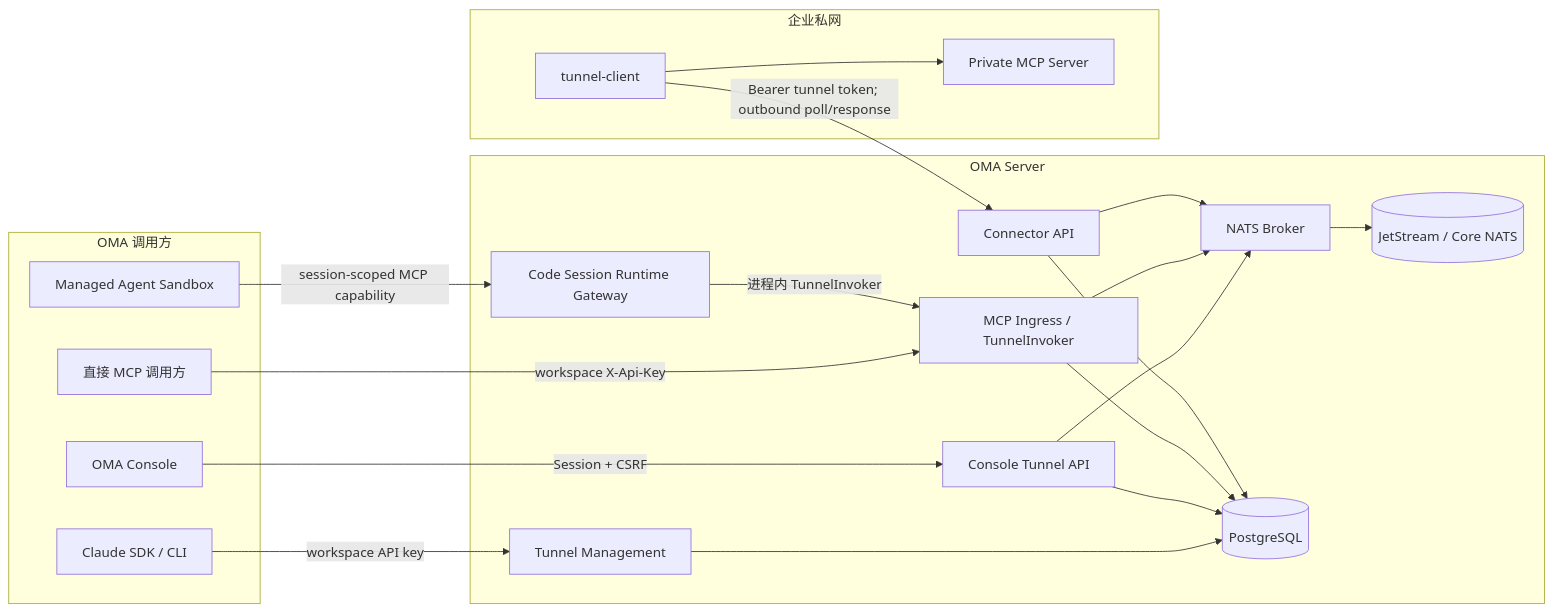
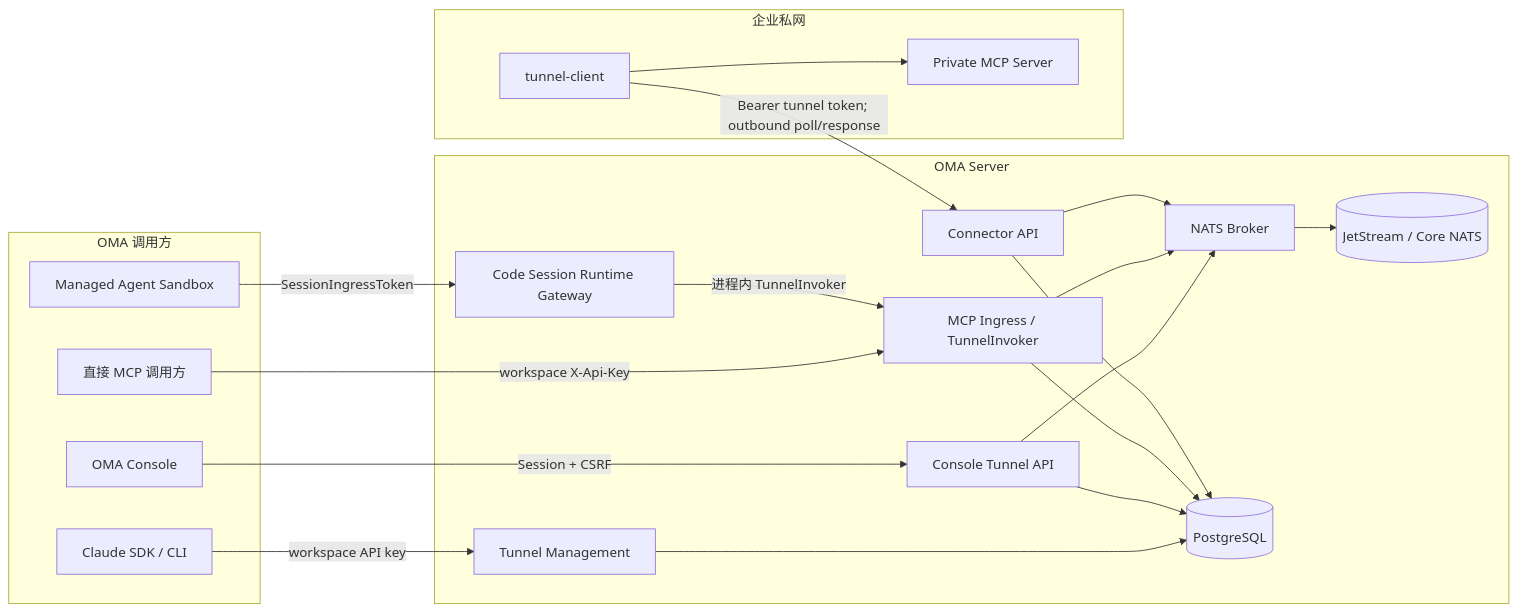
Before and after one commit to superduck-ai/open-managed-agents: the first of 4 diagrams in docs/design/mcp-tunnel-developer-guide.md, drawn with Mermaid. The commit also changed other lines of this file and 19 other files, not shown here.

Commit message:
[modify] unify MCP runtime authentication with session ingress credentials

````diff
--- a/docs/design/mcp-tunnel-developer-guide.md
+++ b/docs/design/mcp-tunnel-developer-guide.md
@@ -28,41 +28,41 @@
 ```mermaid
 flowchart LR
     subgraph OMAClients[OMA 调用方]
         Direct[直接 MCP 调用方]
         Sandbox[Managed Agent Sandbox]
         Console[OMA Console]
         SDK[Claude SDK / CLI]
     end
 
     subgraph OMA[OMA Server]
         Management[Tunnel Management]
         ConsoleAPI[Console Tunnel API]
         RuntimeGateway[Code Session Runtime Gateway]
         Ingress[MCP Ingress / TunnelInvoker]
         ConnectorAPI[Connector API]
         Broker[NATS Broker]
         TunnelDB[(PostgreSQL)]
         NATS[(JetStream / Core NATS)]
     end
 
     subgraph PrivateNetwork[企业私网]
         Client[tunnel-client]
         PrivateMCP[Private MCP Server]
     end
 
     SDK -->|workspace API key| Management
     Console -->|Session + CSRF| ConsoleAPI
     Direct -->|workspace X-Api-Key| Ingress
-    Sandbox -->|session-scoped MCP capability| RuntimeGateway
+    Sandbox -->|SessionIngressToken| RuntimeGateway
     RuntimeGateway -->|进程内 TunnelInvoker| Ingress
     Management --> TunnelDB
     ConsoleAPI --> TunnelDB
     ConsoleAPI --> Broker
     Ingress --> TunnelDB
     Ingress --> Broker
     ConnectorAPI --> TunnelDB
     ConnectorAPI --> Broker
     Broker --> NATS
     Client -->|Bearer tunnel token; outbound poll/response| ConnectorAPI
     Client --> PrivateMCP
 ```
````
